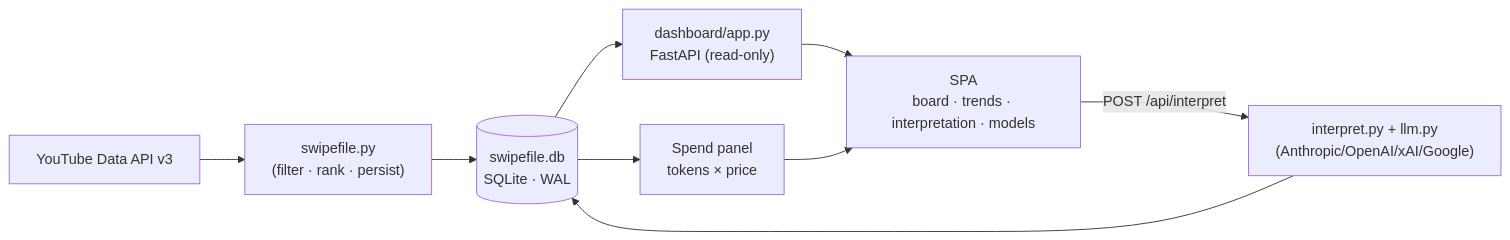
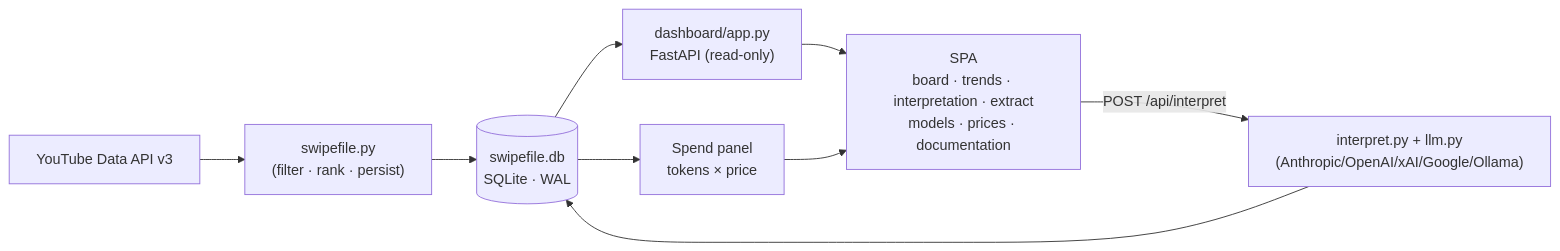
Before and after one commit to retainiac1/youtube-analysis-dailly-intel: the first of 3 diagrams in docs/publish/1-guides/technical-guide.MD, drawn with Mermaid. The commit also changed other lines of this file and 4 other files, not shown here.

````diff
--- a/docs/publish/1-guides/technical-guide.MD
+++ b/docs/publish/1-guides/technical-guide.MD
@@ -33,15 +42,15 @@
 ```mermaid
 flowchart LR
     YT["YouTube Data API v3"]
     PIPE["swipefile.py<br/>(filter · rank · persist)"]
     DB[("swipefile.db<br/>SQLite · WAL")]
     DASH["dashboard/app.py<br/>FastAPI (read-only)"]
-    SPA["SPA<br/>board · trends · interpretation · models"]
-    LLM["interpret.py + llm.py<br/>(Anthropic/OpenAI/xAI/Google)"]
+    SPA["SPA<br/>board · trends · interpretation · extract<br/>models · prices · documentation"]
+    LLM["interpret.py + llm.py<br/>(Anthropic/OpenAI/xAI/Google/Ollama)"]
     SPEND["Spend panel<br/>tokens × price"]
 
     YT --> PIPE --> DB
     DB --> DASH --> SPA
     SPA -->|POST /api/interpret| LLM --> DB
     DB --> SPEND --> SPA
 ```
````
